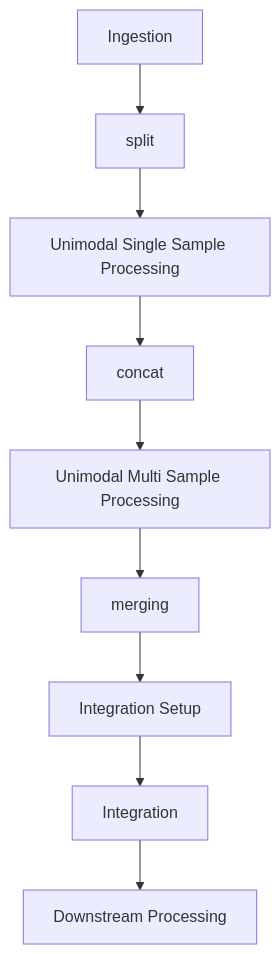
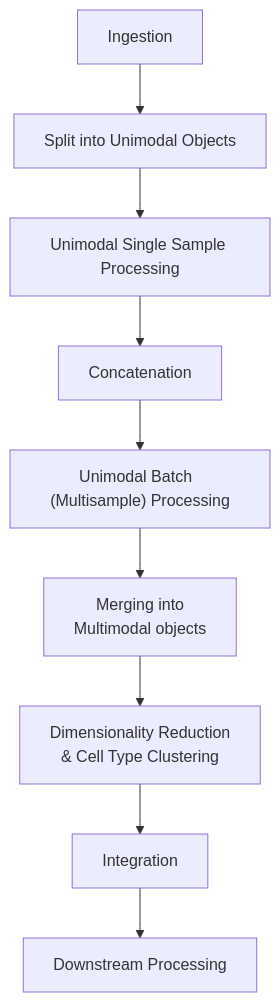
The first of 18 diagrams in fundamentals/architecture.qmd (openpipelines-bio/website), drawn with Mermaid before and after one commit. The commit also changed other lines of this file, not shown here.

Commit message:
Start updating architecture page for next release

````diff
--- a/fundamentals/architecture.qmd
+++ b/fundamentals/architecture.qmd
@@ -11,6 +11,6 @@
 ```{mermaid}
 %%| label: fig-architecture
 %%| fig-cap: Overview of the steps included in OpenPipeline for the analysis of single cell multiomics data.
 flowchart TD  
-  ingest["Ingestion"] --> split --> unimodalsinglesample["Unimodal Single Sample Processing"] --> concat --> unimodalmultisample["Unimodal Multi Sample Processing"] --> merging --> integation_setup["Integration Setup"] --> integration["Integration"]  --> downstreamprocessing["Downstream Processing"]
+  ingest["Ingestion"] --> Split["Split into Unimodal Objects"] --> unimodalsinglesample["Unimodal Single Sample Processing"] --> Concatenation --> unimodalmultisample["Unimodal Batch  (Multisample) Processing"] --> Merging["Merging into\n Multimodal objects"] --> dimensionality_reduction["Dimensionality Reduction \n& Cell Type Clustering"] --> integration["Integration"]  --> downstreamprocessing["Downstream Processing"]
 ```
````
